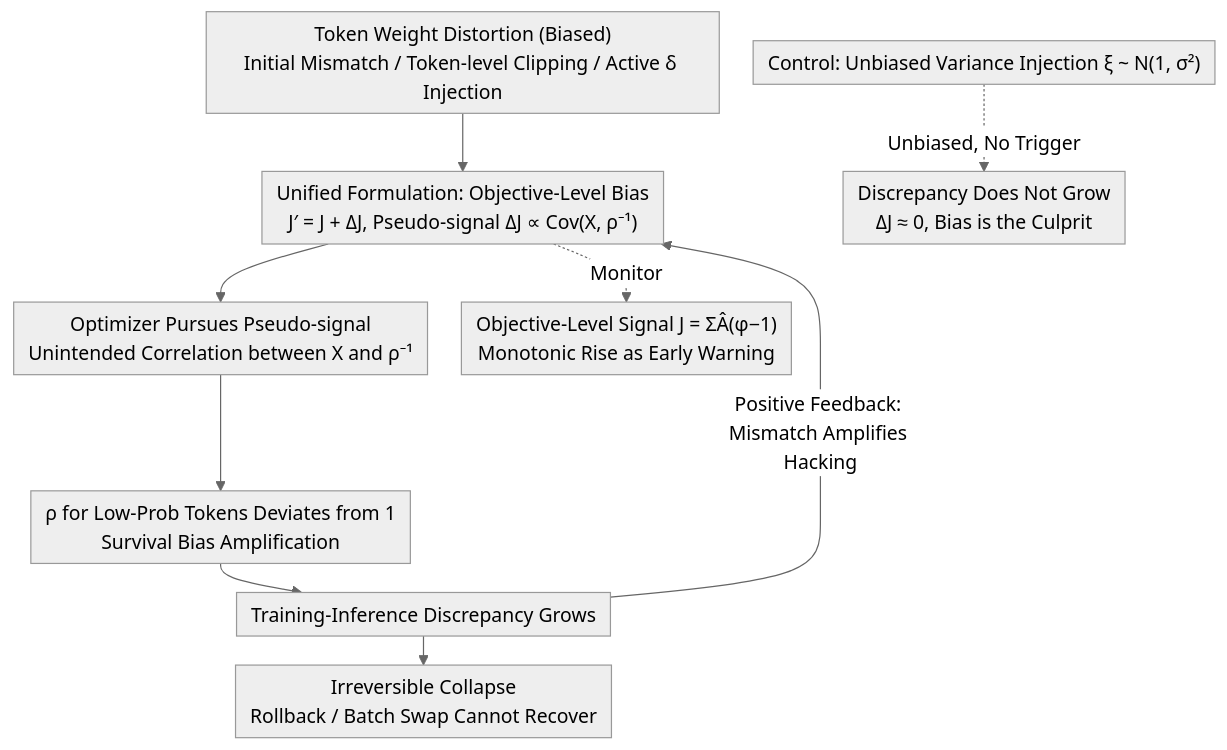
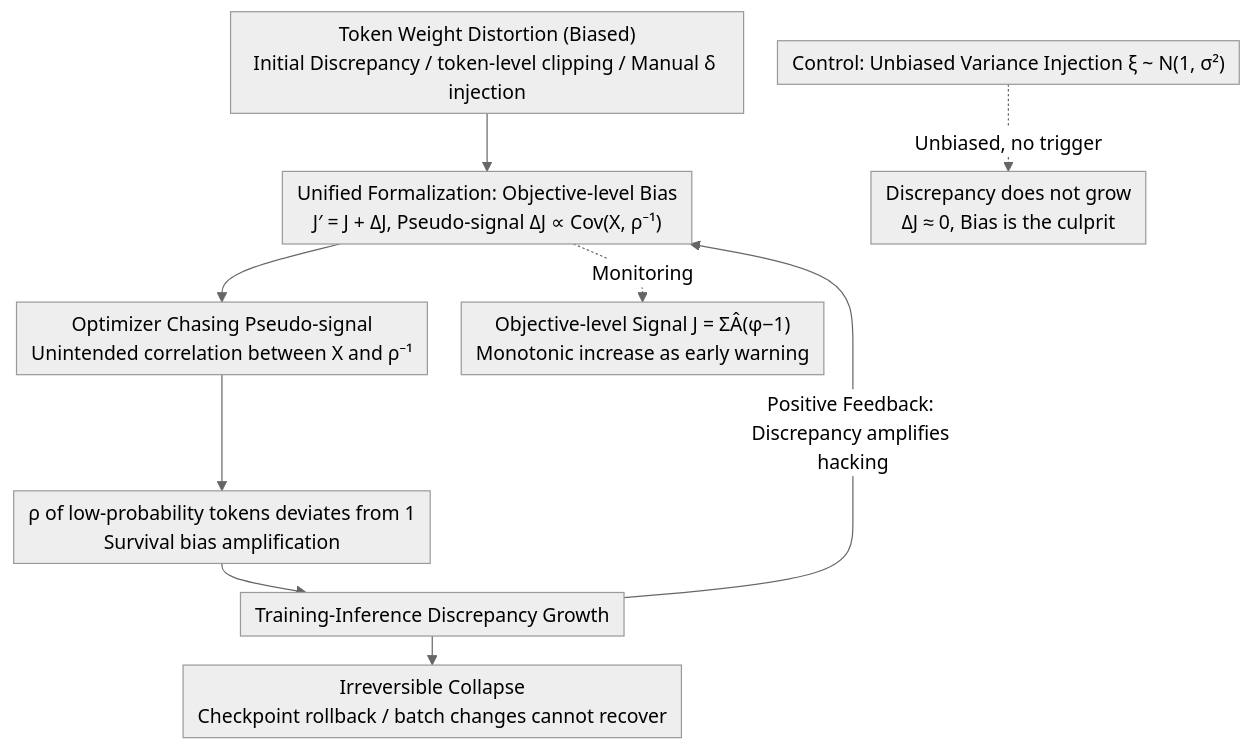
One commit to zhaoyang97/Paper-Notes-en changed the diagram in docs/ICML2026/reinforcement_learning/probing_rlvr_training_instability_through_the_lens_of_objective-level_hacking.md. Above: the diagram before and after it, drawn with Mermaid (neutral theme). The commit also changed other lines of this file and 5084 other files, not shown here.

````diff
--- a/docs/ICML2026/reinforcement_learning/probing_rlvr_training_instability_through_the_lens_of_objective-level_hacking.md
+++ b/docs/ICML2026/reinforcement_learning/probing_rlvr_training_instability_through_the_lens_of_objective-level_hacking.md
@@ -45,12 +45,12 @@
 ```mermaid
 %%{init: {'flowchart': {'rankSpacing': 24, 'nodeSpacing': 28, 'padding': 6, 'wrappingWidth': 400}}}%%
 flowchart TD
-    A["Token Weight Distortion (Biased)<br/>Initial Mismatch / Token-level Clipping / Active δ Injection"] --> B["Unified Formulation: Objective-Level Bias<br/>J′ = J + ΔJ, Pseudo-signal ΔJ ∝ Cov(X, ρ⁻¹)"]
-    B --> C["Optimizer Pursues Pseudo-signal<br/>Unintended Correlation between X and ρ⁻¹"]
-    C --> D["ρ for Low-Prob Tokens Deviates from 1<br/>Survival Bias Amplification"]
-    D --> E["Training-Inference Discrepancy Grows"]
-    E -->|Positive Feedback: Mismatch Amplifies Hacking| B
-    E --> F["Irreversible Collapse<br/>Rollback / Batch Swap Cannot Recover"]
-    B -.->|Monitor| G["Objective-Level Signal J = ΣÂ(φ−1)<br/>Monotonic Rise as Early Warning"]
-    H["Control: Unbiased Variance Injection ξ ~ N(1, σ²)"] -.->|Unbiased, No Trigger| I["Discrepancy Does Not Grow<br/>ΔJ ≈ 0, Bias is the Culprit"]
+    A["Token Weight Distortion (Biased)<br/>Initial Discrepancy / token-level clipping / Manual δ injection"] --> B["Unified Formalization: Objective-level Bias<br/>J′ = J + ΔJ, Pseudo-signal ΔJ ∝ Cov(X, ρ⁻¹)"]
+    B --> C["Optimizer Chasing Pseudo-signal<br/>Unintended correlation between X and ρ⁻¹"]
+    C --> D["ρ of low-probability tokens deviates from 1<br/>Survival bias amplification"]
+    D --> E["Training-Inference Discrepancy Growth"]
+    E -->|Positive Feedback: Discrepancy amplifies hacking| B
+    E --> F["Irreversible Collapse<br/>Checkpoint rollback / batch changes cannot recover"]
+    B -.->|Monitoring| G["Objective-level Signal J = ΣÂ(φ−1)<br/>Monotonic increase as early warning"]
+    H["Control: Unbiased Variance Injection ξ ~ N(1, σ²)"] -.->|Unbiased, no trigger| I["Discrepancy does not grow<br/>ΔJ ≈ 0, Bias is the culprit"]
 ```
````
